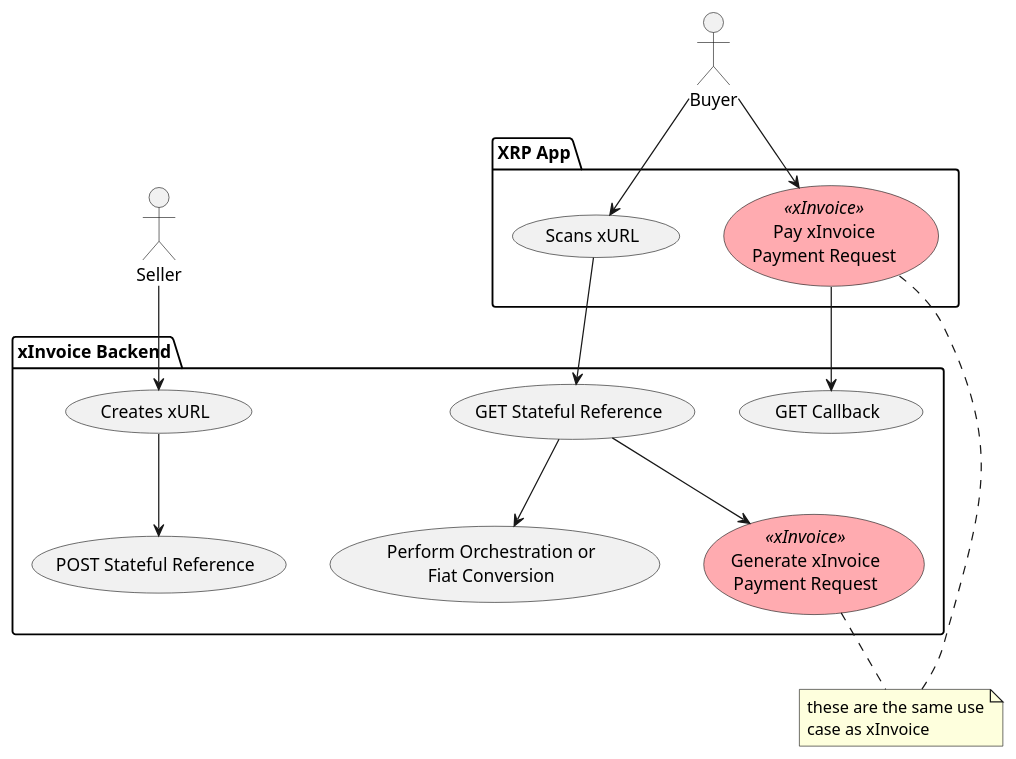
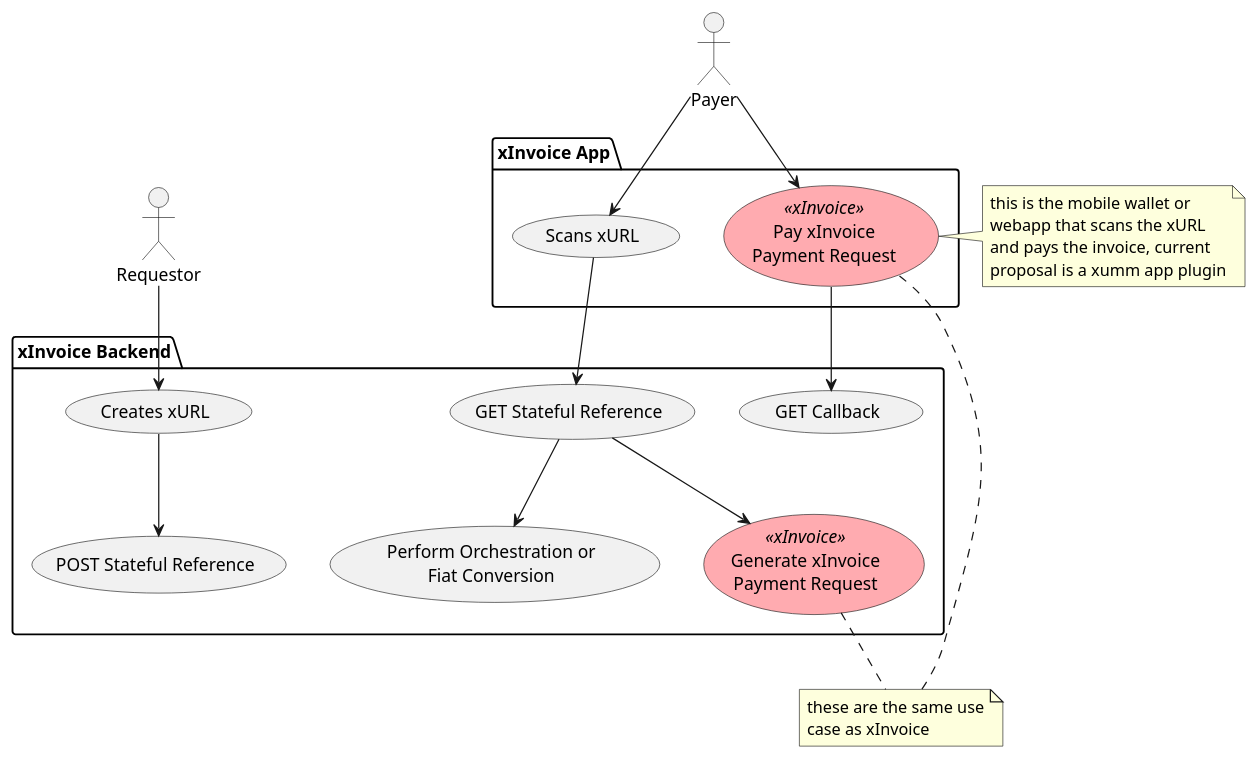
The diagram in docs/xurl-use.puml (claytantor/xrpl-poc-python), drawn with PlantUML before and after one commit. The commit also changed 9 other files, not shown here.

Commit message:
updated uml creation process

```diff
--- a/docs/xurl-use.puml
+++ b/docs/xurl-use.puml
@@ -1,36 +1,42 @@
 @startuml xurl_usecase
 
 skinparam usecase {
     BackgroundColor<< xInvoice >> #ffabb0
 }
 
-package "XRP App" {
+package "xInvoice App" {
     (Scans xURL)
     (Pay xInvoice\nPayment Request) as (PayInvoice)<<xInvoice>>
 }
+note right
+this is the mobile wallet or 
+webapp that scans the xURL 
+and pays the invoice, current 
+proposal is a xumm app plugin
+end note
 
 package "xInvoice Backend" {
     (GET Callback)
     (Creates xURL)
     (Generate xInvoice\nPayment Request) as (GenerateInvoice)<<xInvoice>>
     (POST Stateful Reference)
     (Perform Orchestration or\nFiat Conversion) as (Orchestrate)
     (GET Stateful Reference)
 }
 
-Seller-->(Creates xURL)
+Requestor-->(Creates xURL)
 (Creates xURL)-->(POST Stateful Reference)
 
-Buyer-->(Scans xURL)
+Payer-->(Scans xURL)
 (Scans xURL)-->(GET Stateful Reference)
 (GET Stateful Reference)-->(Orchestrate)
 (GET Stateful Reference)-->(GenerateInvoice)
 
-Buyer-->(PayInvoice)
+Payer-->(PayInvoice)
 (PayInvoice)-->(GET Callback)
 
 note "these are the same use\ncase as xInvoice " as N2
 (GenerateInvoice) .. N2
 N2 .. (PayInvoice)
 
 @enduml
```
